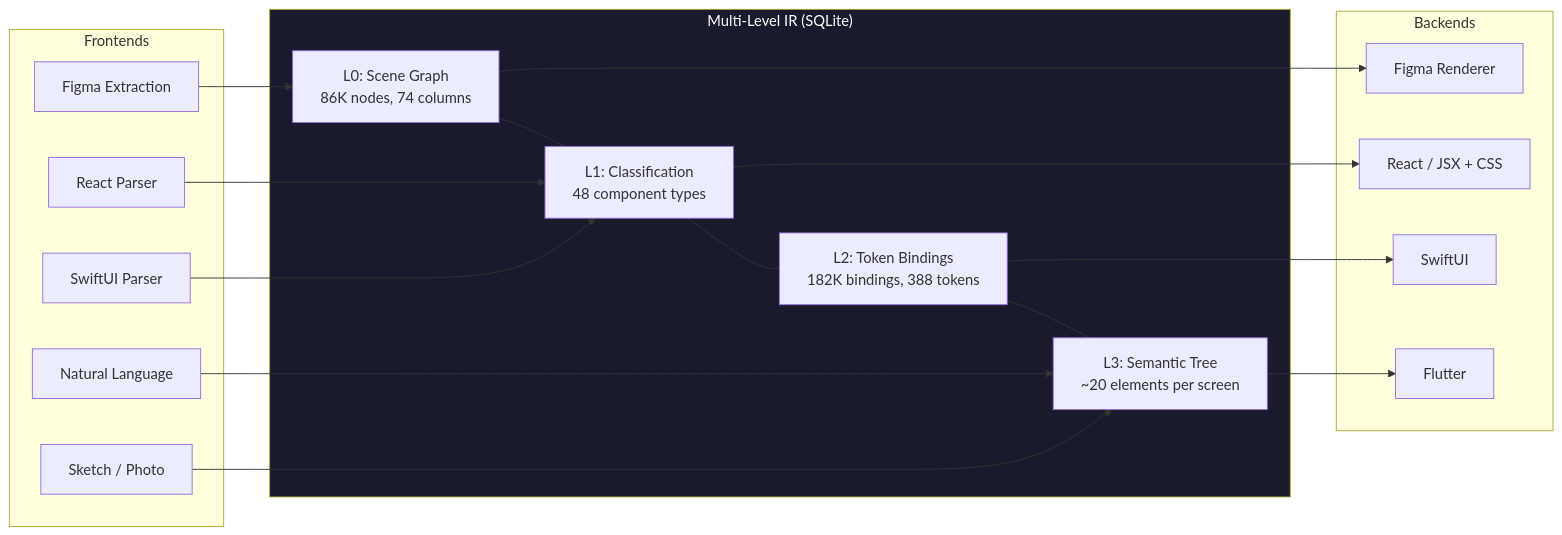
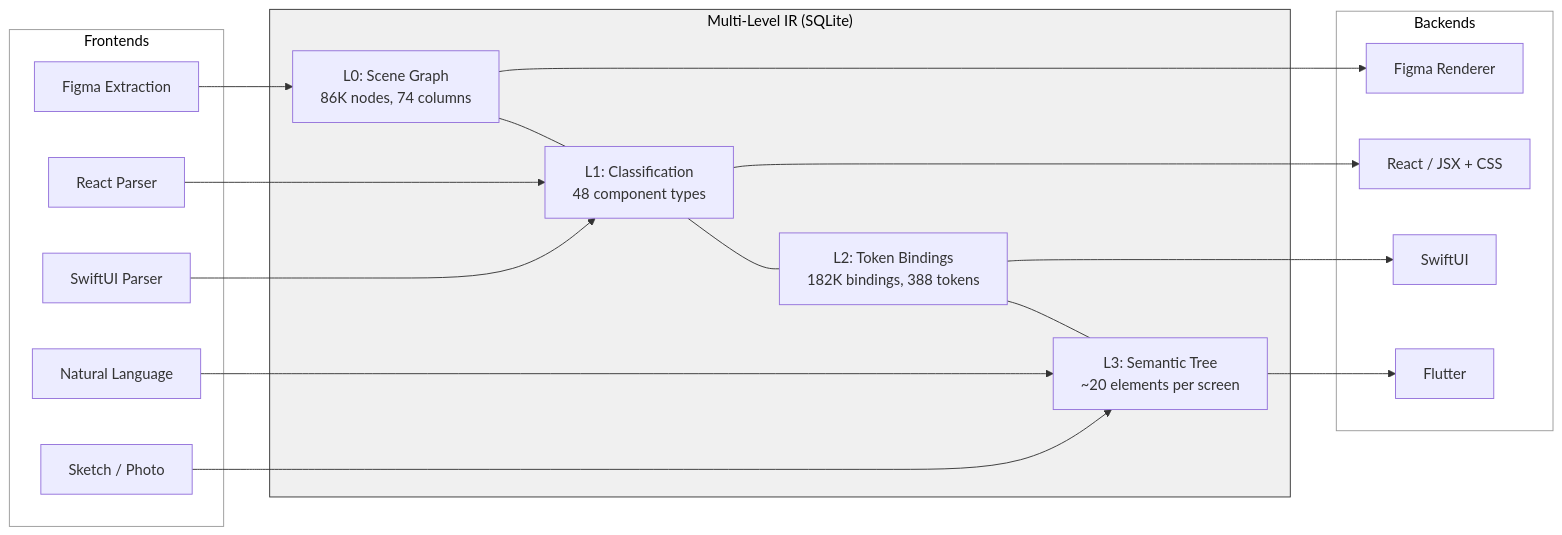
Before and after one commit to mpacione/declarative: the first of 4 diagrams in README.md, drawn with Mermaid. The commit also changed other lines of this file, not shown here.

Commit message:
docs: streamline README — black/white diagrams, move quick start up, link deep sections

````diff
--- a/README.md
+++ b/README.md
@@ -44,38 +44,40 @@
 ```mermaid
 graph LR
     subgraph Frontends
         F1["Figma Extraction"]
         F2["Natural Language"]
         F3["Sketch / Photo"]
         F4["React Parser"]
         F5["SwiftUI Parser"]
     end
 
     subgraph IR["Multi-Level IR (SQLite)"]
         L0["L0: Scene Graph<br/>86K nodes, 74 columns"]
         L1["L1: Classification<br/>48 component types"]
         L2["L2: Token Bindings<br/>182K bindings, 388 tokens"]
         L3["L3: Semantic Tree<br/>~20 elements per screen"]
         L0 --- L1 --- L2 --- L3
     end
 
     subgraph Backends
         B1["Figma Renderer"]
         B2["React / JSX + CSS"]
         B3["SwiftUI"]
         B4["Flutter"]
     end
 
     F1 --> L0
     F2 --> L3
     F3 --> L3
     F4 --> L1
     F5 --> L1
 
     L0 --> B1
     L1 --> B2
     L2 --> B3
     L3 --> B4
 
-    style IR fill:#1a1a2e,color:#fff
+    style IR fill:#f0f0f0,color:#000,stroke:#333
+    style Frontends fill:#fff,color:#000,stroke:#999
+    style Backends fill:#fff,color:#000,stroke:#999
 ```
````
